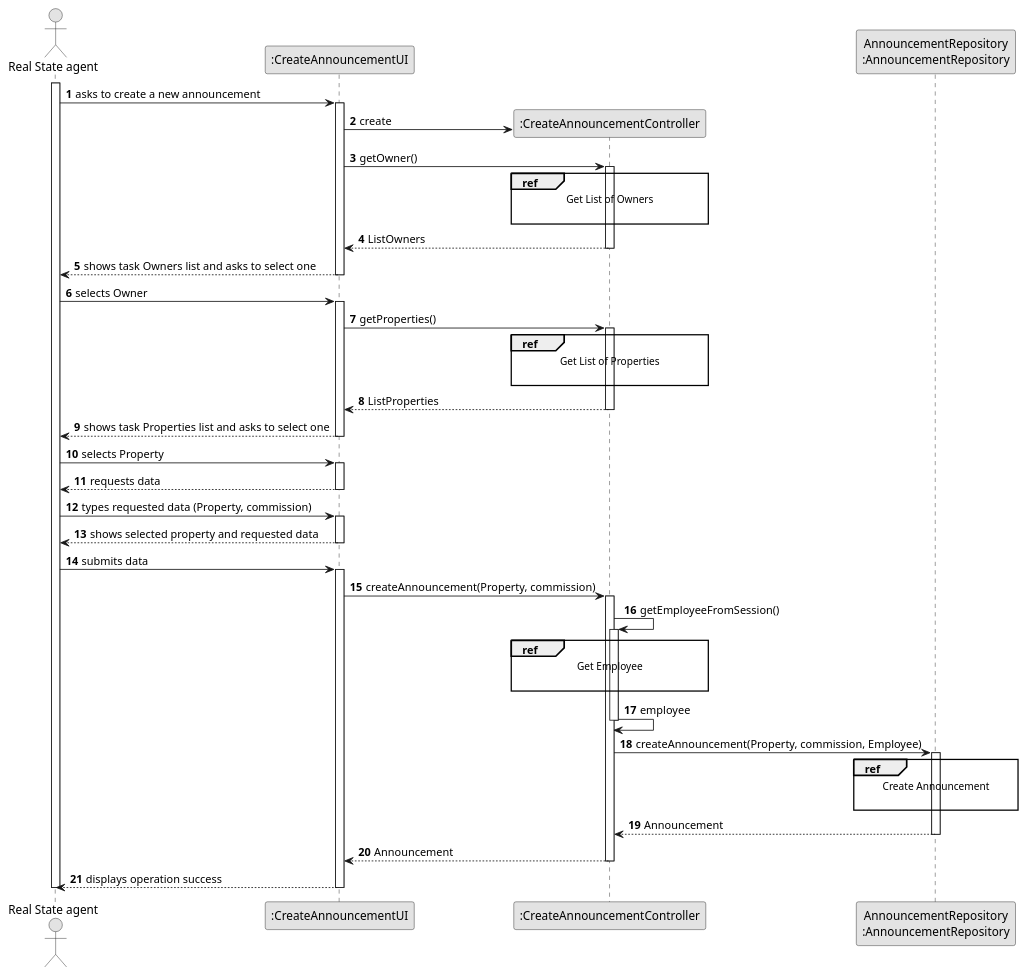
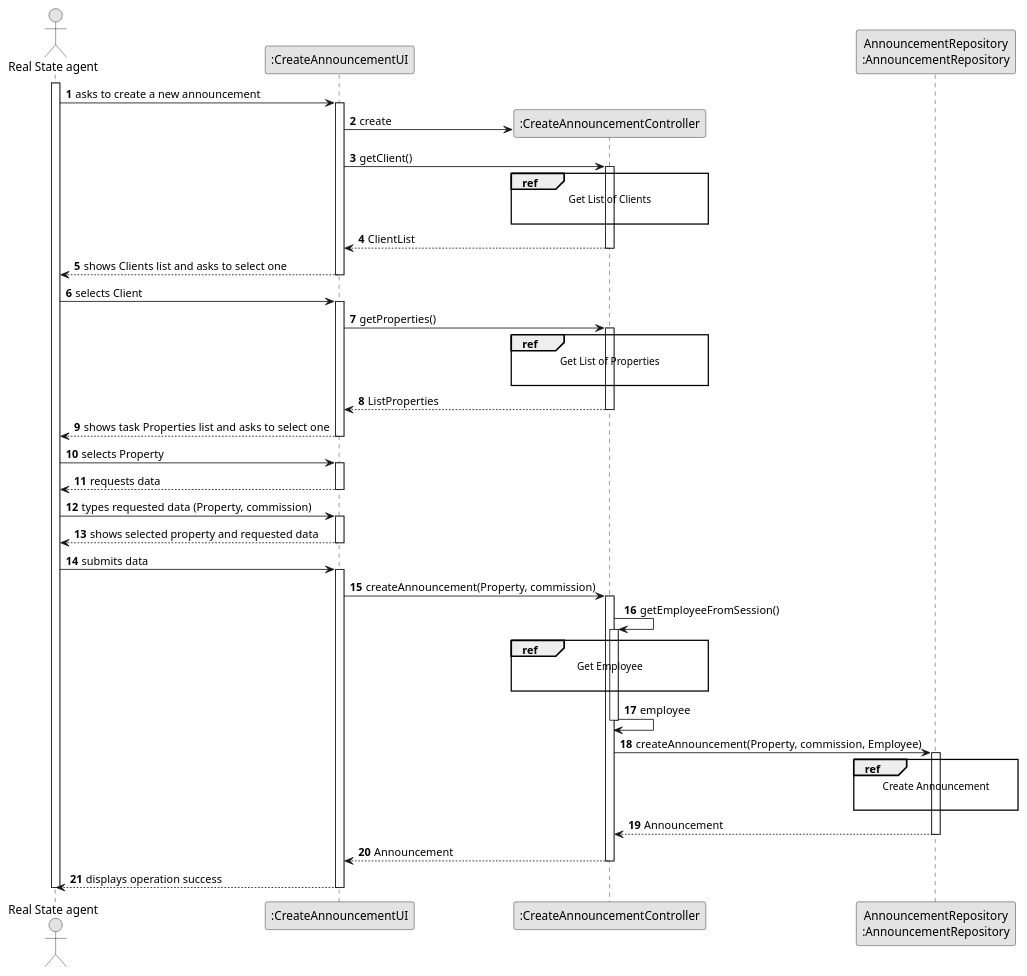
Before and after one commit to hugosilva2901/lei-22-s2-1DO-g68: the diagram in lei-22-s2-1do-g68/docs/SprintB/us002/03.design/puml/us002-sequence-diagram-split.puml, drawn with PlantUML. The commit also changed 6 other files, not shown here.

Commit message:
Mudança nos diagramas e classes US002

```diff
--- a/lei-22-s2-1do-g68/docs/SprintB/us002/03.design/puml/us002-sequence-diagram-split.puml
+++ b/lei-22-s2-1do-g68/docs/SprintB/us002/03.design/puml/us002-sequence-diagram-split.puml
@@ -1,99 +1,99 @@
 @startuml
 skinparam monochrome true
 skinparam packageStyle rectangle
 skinparam shadowing false
 
 autonumber
 
 'hide footbox
 actor "Real State agent" as ADM
 participant ":CreateAnnouncementUI" as UI
 participant ":CreateAnnouncementController" as CTRL
 participant "AnnouncementRepository\n:AnnouncementRepository" as ORG
 
 activate ADM
 
     ADM -> UI : asks to create a new announcement
 
     activate UI
 
         UI -> CTRL** : create
-        UI -> CTRL : getOwner()
+        UI -> CTRL : getClient()
         ref over CTRL
-            Get List of Owners
+            Get List of Clients
 
         end ref
 
         activate CTRL
 
-            CTRL --> UI : ListOwners
+            CTRL --> UI : ClientList
         deactivate CTRL
 
-        UI --> ADM : shows task Owners list and asks to select one
+        UI --> ADM : shows Clients list and asks to select one
     deactivate UI
 
-    ADM -> UI : selects Owner
+    ADM -> UI : selects Client
 
     activate UI
 
             UI -> CTRL : getProperties()
             ref over CTRL
                 Get List of Properties
 
             end ref
 
             activate CTRL
 
                 CTRL --> UI : ListProperties
             deactivate CTRL
 
             UI --> ADM : shows task Properties list and asks to select one
         deactivate UI
 
         ADM -> UI : selects Property
         activate UI
 
         UI --> ADM : requests data
     deactivate UI
 
     ADM -> UI : types requested data (Property, commission)
     activate UI
 
         UI --> ADM : shows selected property and requested data
     deactivate UI
 
     ADM -> UI : submits data
     activate UI
 
         UI -> CTRL : createAnnouncement(Property, commission)
         activate CTRL
 
             CTRL -> CTRL : getEmployeeFromSession()
             activate CTRL
 
                 ref over CTRL
                     Get Employee
 
                 end ref
                 CTRL -> CTRL : employee
             deactivate CTRL
 
             CTRL -> ORG: createAnnouncement(Property, commission, Employee)
             activate ORG
 
                 ref over ORG
                     Create Announcement
 
                 end
 
                 ORG --> CTRL : Announcement
             deactivate ORG
 
             CTRL --> UI: Announcement
             deactivate CTRL
             UI --> ADM: displays operation success
     deactivate UI
 
 deactivate ADM
 
 @enduml
```
